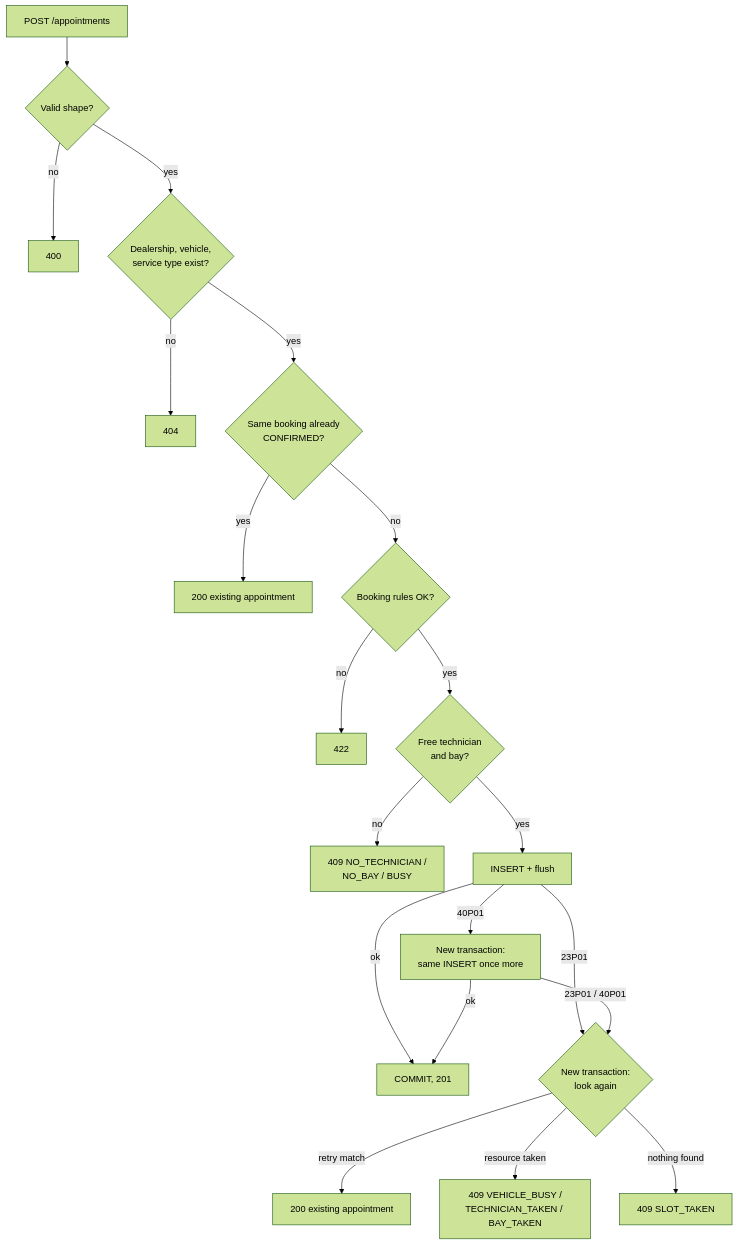
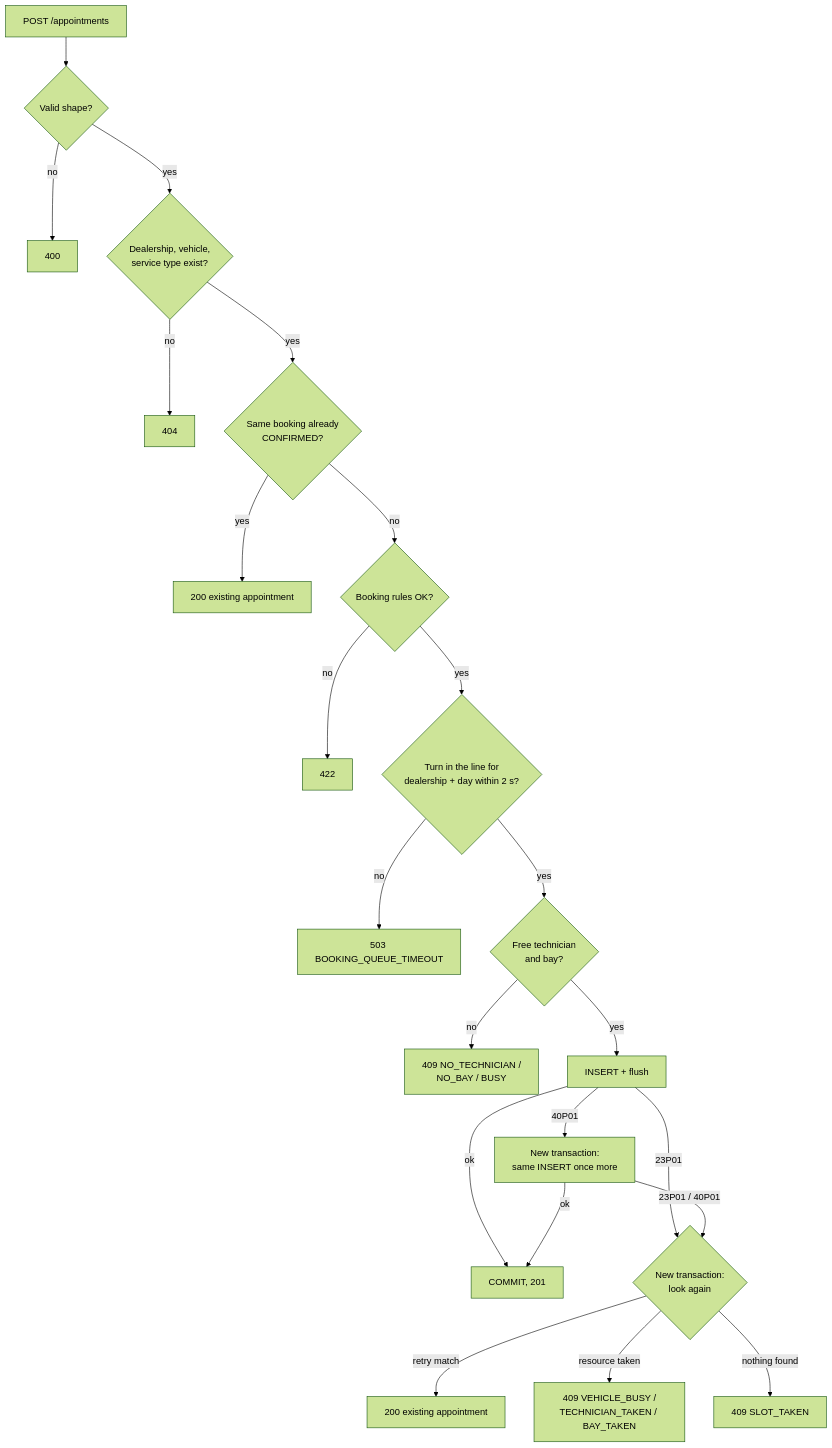
Before and after one commit to Atus1998/keyloop-scheduler: the third of 4 diagrams in docs/system-design.md, drawn with Mermaid (forest theme). The commit also changed other lines of this file and 3 other files, not shown here.

First line of the commit message:
docs: booking queue per dealership day

````diff
--- a/docs/system-design.md
+++ b/docs/system-design.md
@@ -256,22 +258,24 @@
 ```mermaid
 flowchart TD
     req["POST /appointments"] --> shape{"Valid shape?"}
     shape -->|no| e400["400"]
     shape -->|yes| exists{"Dealership, vehicle,<br/>service type exist?"}
     exists -->|no| e404["404"]
     exists -->|yes| retry{"Same booking already<br/>CONFIRMED?"}
     retry -->|yes| ok200["200 existing appointment"]
     retry -->|no| rules{"Booking rules OK?"}
     rules -->|no| e422["422"]
-    rules -->|yes| free{"Free technician<br/>and bay?"}
+    rules -->|yes| line{"Turn in the line for<br/>dealership + day within 2 s?"}
+    line -->|no| e503["503 BOOKING_QUEUE_TIMEOUT"]
+    line -->|yes| free{"Free technician<br/>and bay?"}
     free -->|no| e409a["409 NO_TECHNICIAN /<br/>NO_BAY / BUSY"]
     free -->|yes| insert["INSERT + flush"]
     insert -->|ok| ok201["COMMIT, 201"]
     insert -->|23P01| again{"New transaction:<br/>look again"}
     insert -->|40P01| replay["New transaction:<br/>same INSERT once more"]
     replay -->|ok| ok201
     replay -->|"23P01 / 40P01"| again
     again -->|retry match| ok200b["200 existing appointment"]
     again -->|resource taken| e409b["409 VEHICLE_BUSY /<br/>TECHNICIAN_TAKEN / BAY_TAKEN"]
     again -->|nothing found| e409c["409 SLOT_TAKEN"]
 ```
````
